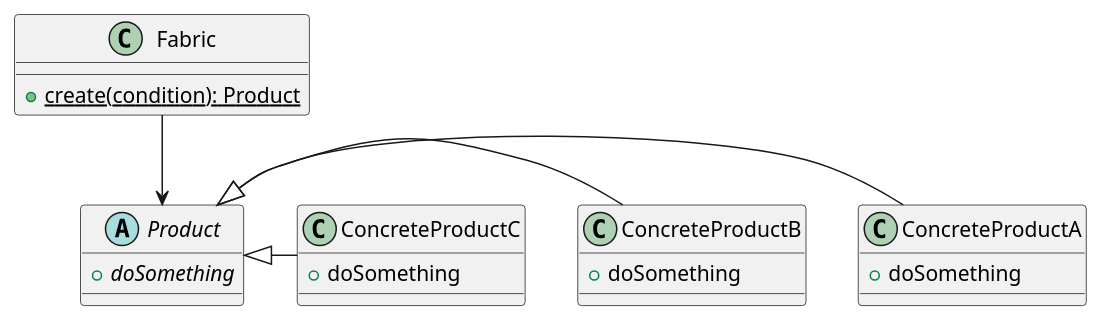
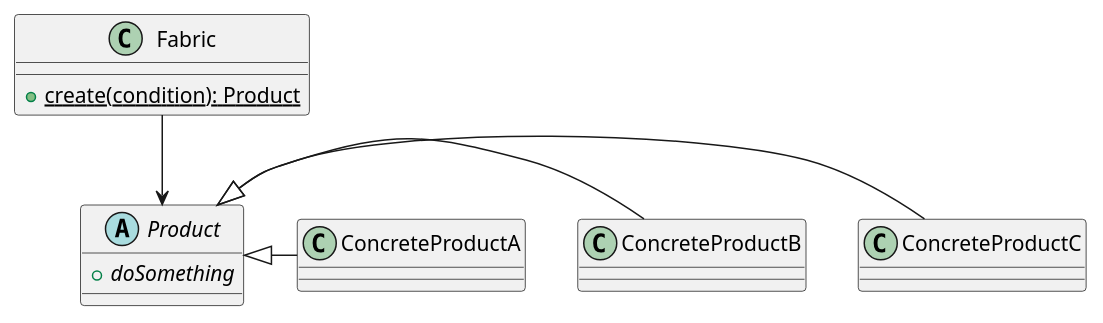
One commit to paguerre3/creational-patterns changed the diagram in cp-samples/src/cp/samples/factories/factory-method/_factory-method-diagram.iuml. Above: the diagram before and after it, drawn with PlantUML. The commit also changed 3 other files, not shown here.

```diff
--- a/cp-samples/src/cp/samples/factories/factory-method/_factory-method-diagram.iuml
+++ b/cp-samples/src/cp/samples/factories/factory-method/_factory-method-diagram.iuml
@@ -1,28 +1,19 @@
 @startuml
 class Fabric {
  +{static} create(condition): Product
 }
 
 abstract class Product
 {
  +{abstract} doSomething 
 }
 
 class ConcreteProductA
-{
- +doSomething 
-}
 class ConcreteProductB
-{
- +doSomething 
-}
 class ConcreteProductC
-{
- +doSomething 
-}
 
 Fabric --> Product
+Product <|– ConcreteProductC
+Product <|– ConcreteProductB
 Product <|– ConcreteProductA
-Product <|– ConcreteProductB
-Product <|– ConcreteProductC
 @enduml
```
